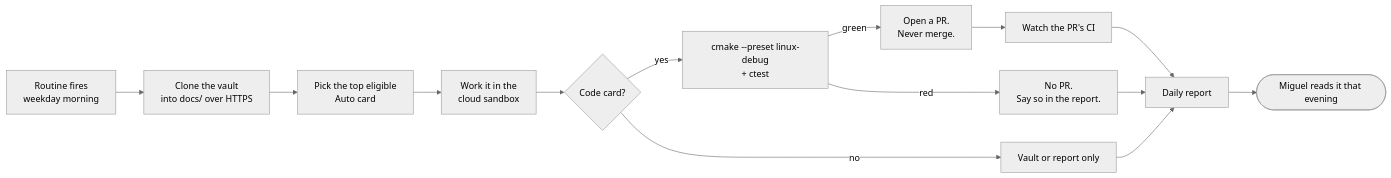
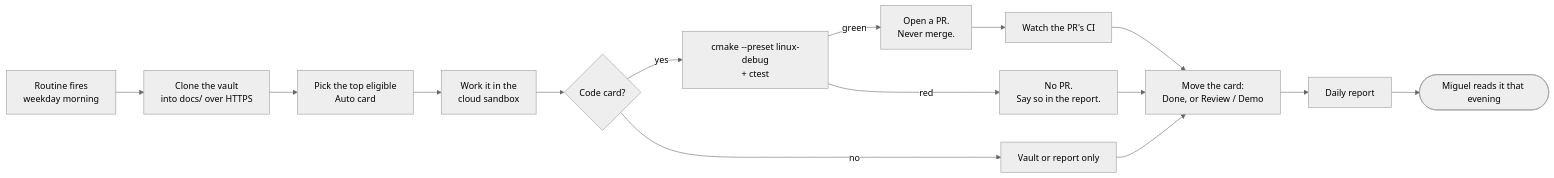
One commit to techattackteam/TechEngine-vault changed the diagram in 08 AI/Autonomous Lane — Design.md. Above: the diagram before and after it, drawn with Mermaid (neutral theme). The commit also changed other lines of this file and 10 other files, not shown here.

````diff
--- a/08 AI/Autonomous Lane — Design.md
+++ b/08 AI/Autonomous Lane — Design.md
@@ -68,16 +69,17 @@
 ```mermaid
 flowchart LR
     R["Routine fires<br/>weekday morning"] --> D["Clone the vault<br/>into docs/ over HTTPS"]
     D --> C["Pick the top eligible<br/>Auto card"]
     C --> W["Work it in the<br/>cloud sandbox"]
     W --> B{"Code card?"}
     B -->|yes| V["cmake --preset linux-debug<br/>+ ctest"]
     B -->|no| N["Vault or report only"]
     V -->|green| P["Open a PR.<br/>Never merge."]
     V -->|red| X["No PR.<br/>Say so in the report."]
     P --> CI["Watch the PR's CI"]
-    CI --> REP["Daily report"]
-    X --> REP
-    N --> REP
+    CI --> MV["Move the card:<br/>Done, or Review / Demo"]
+    X --> MV
+    N --> MV
+    MV --> REP["Daily report"]
     REP --> M(["Miguel reads it that evening"])
 ```
````
